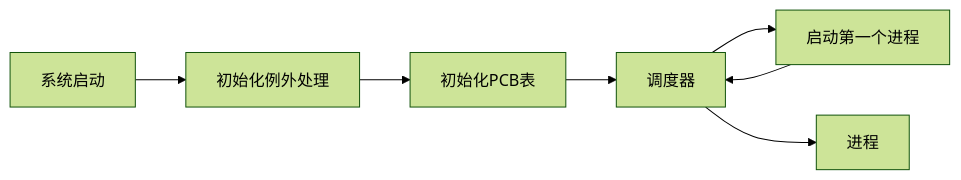
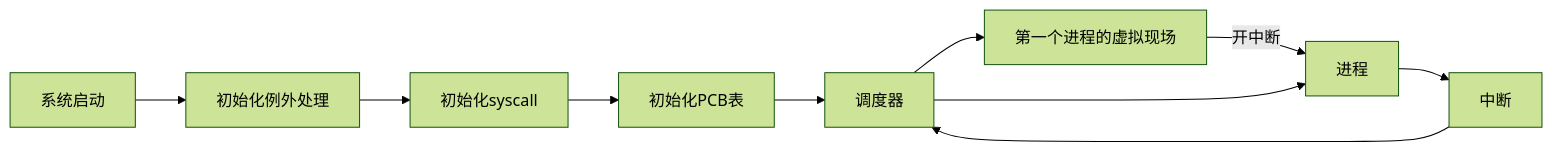
Before and after one commit to Holworth/Notes: the third of 7 diagrams in OperationSystem/lab/share/project2-simple-kernel/start_code/report.md, drawn with Mermaid (forest theme). The commit also changed other lines of this file and 28 other files, not shown here.

````diff
--- a/OperationSystem/lab/share/project2-simple-kernel/start_code/report.md
+++ b/OperationSystem/lab/share/project2-simple-kernel/start_code/report.md
@@ -30,9 +149,12 @@
 ```mermaid
 graph LR;
 系统启动-->初始化例外处理
-初始化例外处理-->初始化PCB表
+初始化例外处理-->初始化syscall
+初始化syscall-->初始化PCB表
 初始化PCB表-->调度器
-调度器-->启动第一个进程
-启动第一个进程-->调度器
+调度器-->第一个进程的虚拟现场
+第一个进程的虚拟现场--开中断-->进程
 调度器-->进程
+进程-->中断
+中断-->调度器
 ```
````
